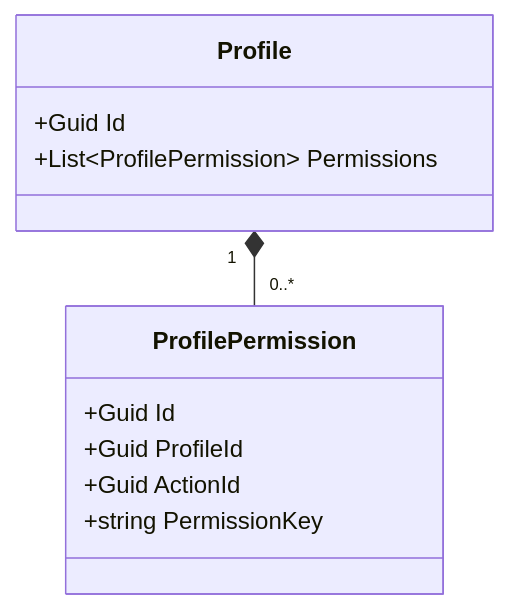
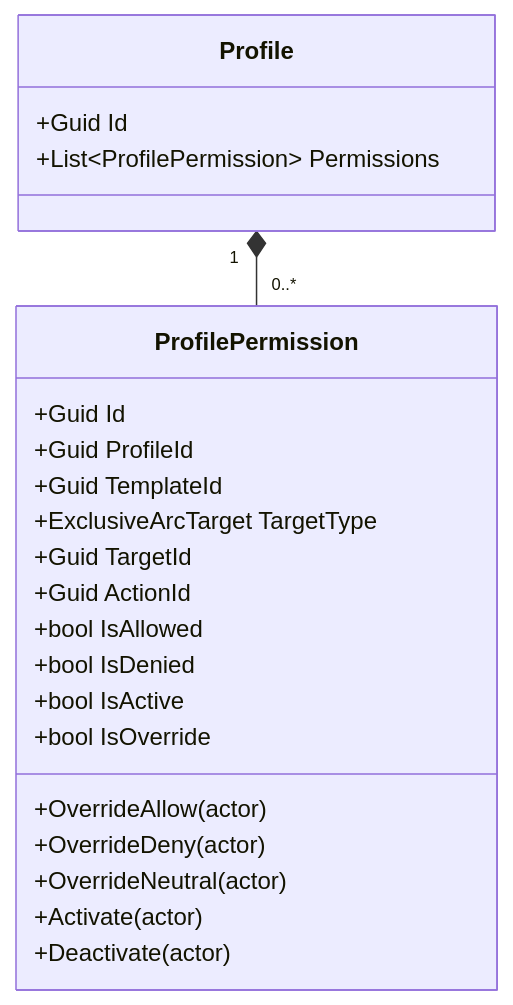
The first of 4 diagrams in docs/domain/authorization/profile-permission.md (beyondnetcode/ums), drawn with Mermaid before and after one commit. The commit also changed other lines of this file and 19 other files, not shown here.

````diff
--- a/docs/domain/authorization/profile-permission.md
+++ b/docs/domain/authorization/profile-permission.md
@@ -57,14 +70,25 @@
 ```mermaid
 classDiagram
     class Profile {
         +Guid Id
         +List~ProfilePermission~ Permissions
     }
     class ProfilePermission {
         +Guid Id
         +Guid ProfileId
+        +Guid TemplateId
+        +ExclusiveArcTarget TargetType
+        +Guid TargetId
         +Guid ActionId
-        +string PermissionKey
+        +bool IsAllowed
+        +bool IsDenied
+        +bool IsActive
+        +bool IsOverride
+        +OverrideAllow(actor)
+        +OverrideDeny(actor)
+        +OverrideNeutral(actor)
+        +Activate(actor)
+        +Deactivate(actor)
     }
     Profile "1" *-- "0..*" ProfilePermission
 ```
````
